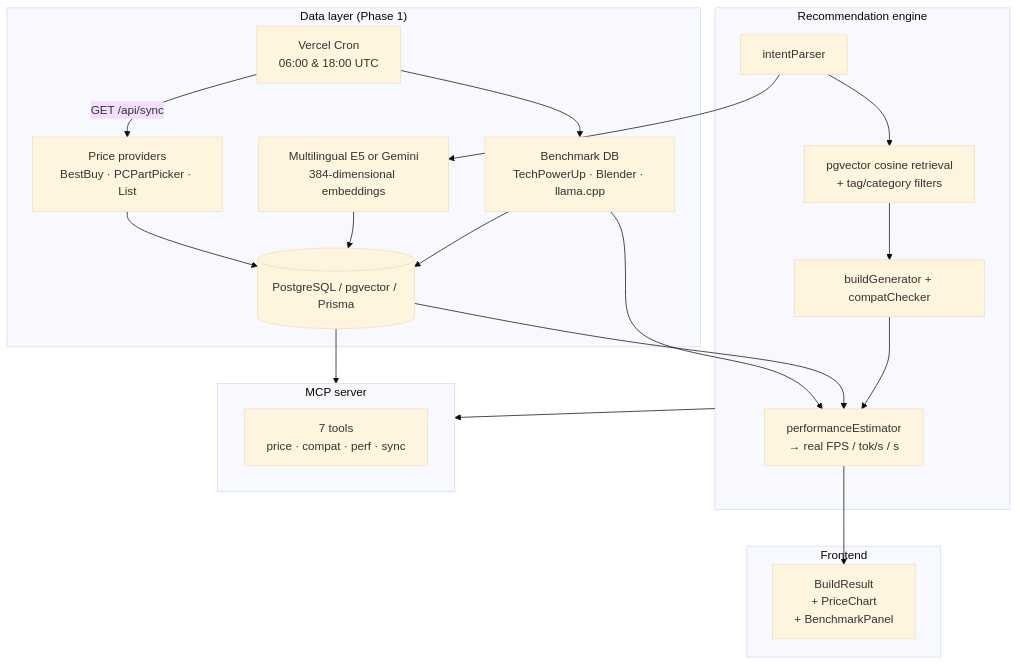
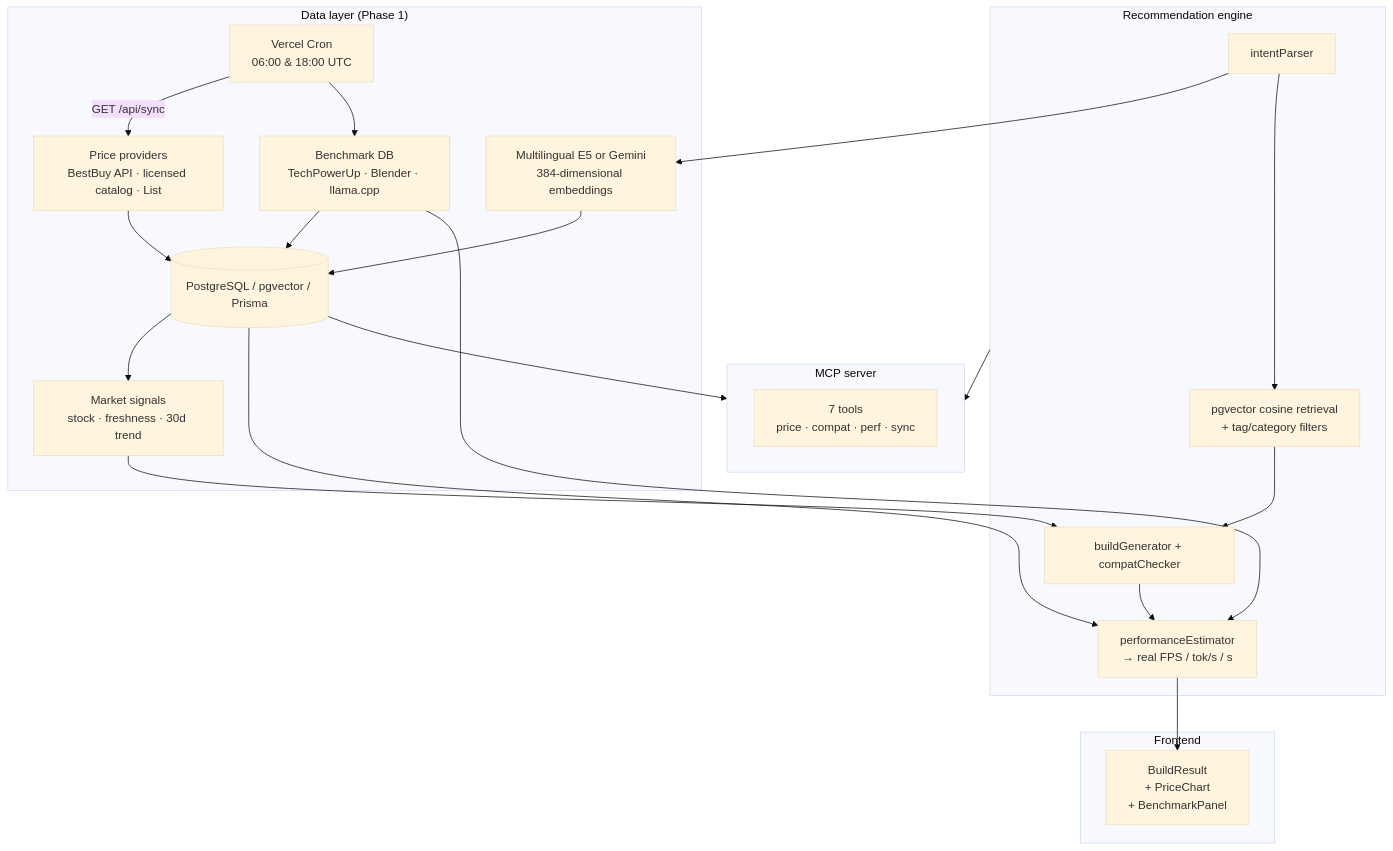
Before and after one commit to Oliverrr2424/AIPC: the diagram in README.md, drawn with Mermaid (base theme). The commit also changed other lines of this file and 66 other files, not shown here.

Commit message:
add Canada catalog crawl and market-aware RAG

````diff
--- a/README.md
+++ b/README.md
@@ -48,30 +50,32 @@
 ```mermaid
 flowchart TB
   subgraph Data["Data layer (Phase 1)"]
     DB[(PostgreSQL / pgvector / Prisma)]
     Embed["Multilingual E5 or Gemini\n384-dimensional embeddings"]
-    Prices["Price providers\nBestBuy · PCPartPicker · List"]
+    Prices["Price providers\nBestBuy API · licensed catalog · List"]
+    Market["Market signals\nstock · freshness · 30d trend"]
     Bench["Benchmark DB\nTechPowerUp · Blender · llama.cpp"]
     Cron["Vercel Cron\n06:00 & 18:00 UTC"]
   end
   subgraph Engine["Recommendation engine"]
     Intent["intentParser"]
     Retrieve["pgvector cosine retrieval\n+ tag/category filters"]
     Build["buildGenerator + compatChecker"]
     Perf["performanceEstimator\n→ real FPS / tok/s / s"]
   end
   subgraph UI["Frontend"]
     Result["BuildResult\n+ PriceChart\n+ BenchmarkPanel"]
   end
   subgraph MCP["MCP server"]
     Tools["7 tools\nprice · compat · perf · sync"]
   end
-  Cron -->|GET /api/sync| Prices --> DB
+  Cron -->|GET /api/sync| Prices --> DB --> Market
   Intent --> Embed --> DB
   Cron --> Bench --> DB
   Bench --> Perf
   DB --> Perf
-  Intent --> Retrieve --> Build --> Perf --> Result
+  Intent --> Retrieve --> Build
+  Market --> Build --> Perf --> Result
   DB --> MCP
   Engine --> MCP
 ```
````
